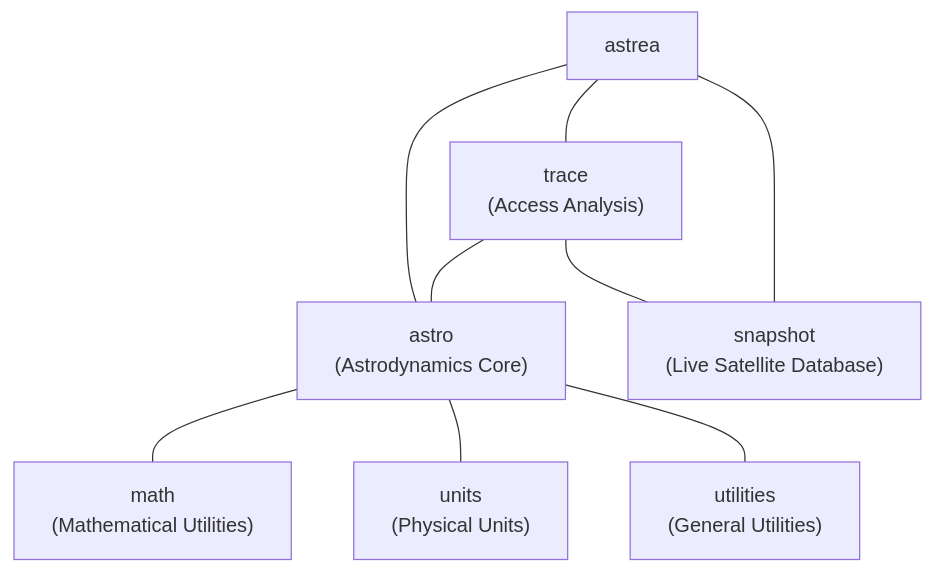
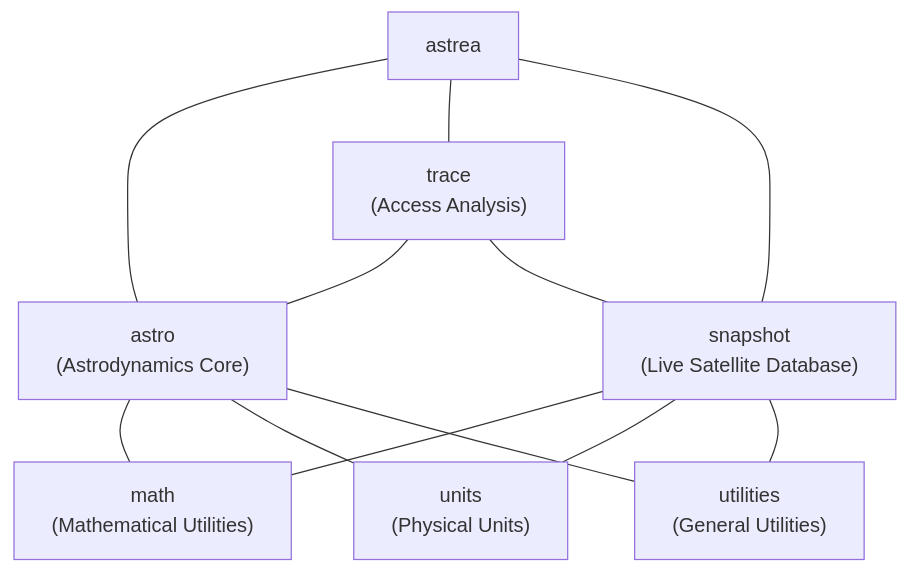
One commit to iulianojay/astrea changed the diagram in docs/getting_started/project_structure.md. Above: the diagram before and after it, drawn with Mermaid. The commit also changed other lines of this file and 5 other files, not shown here.

````diff
--- a/docs/getting_started/project_structure.md
+++ b/docs/getting_started/project_structure.md
@@ -59,13 +73,17 @@
 ```mermaid
 flowchart TD
     astrea --- astro["astro<br/>(Astrodynamics Core)"]
     astrea --- trace["trace<br/>(Access Analysis)"]
     astrea --- snapshot["snapshot<br/>(Live Satellite Database)"]
     
     astro --- math["math<br/>(Mathematical Utilities)"]
     astro --- units["units<br/>(Physical Units)"]
     astro --- utilities["utilities<br/>(General Utilities)"]
+    
+    snapshot --- math["math<br/>(Mathematical Utilities)"]
+    snapshot --- units["units<br/>(Physical Units)"]
+    snapshot --- utilities["utilities<br/>(General Utilities)"]
 
     trace --- astro["astro<br/>(Astrodynamics Core)"]
     trace --- snapshot["snapshot<br/>(Live Satellite Database)"]
 ```
````
